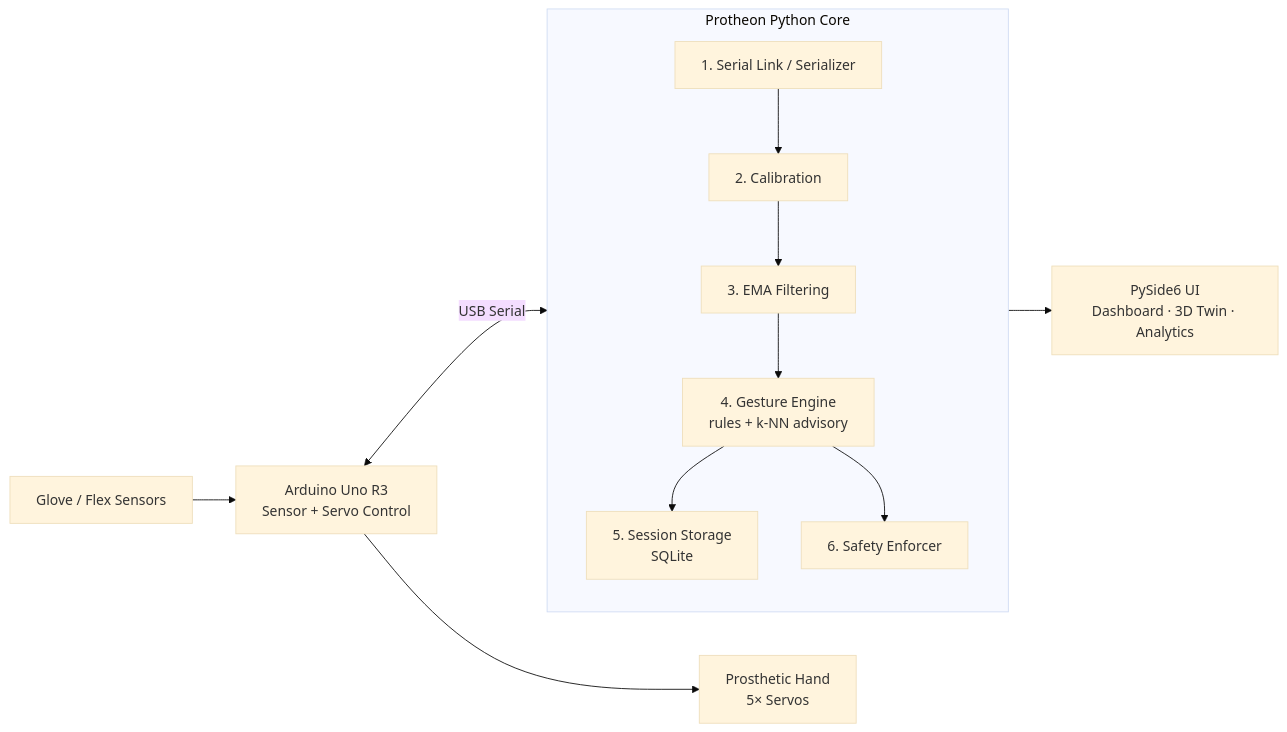
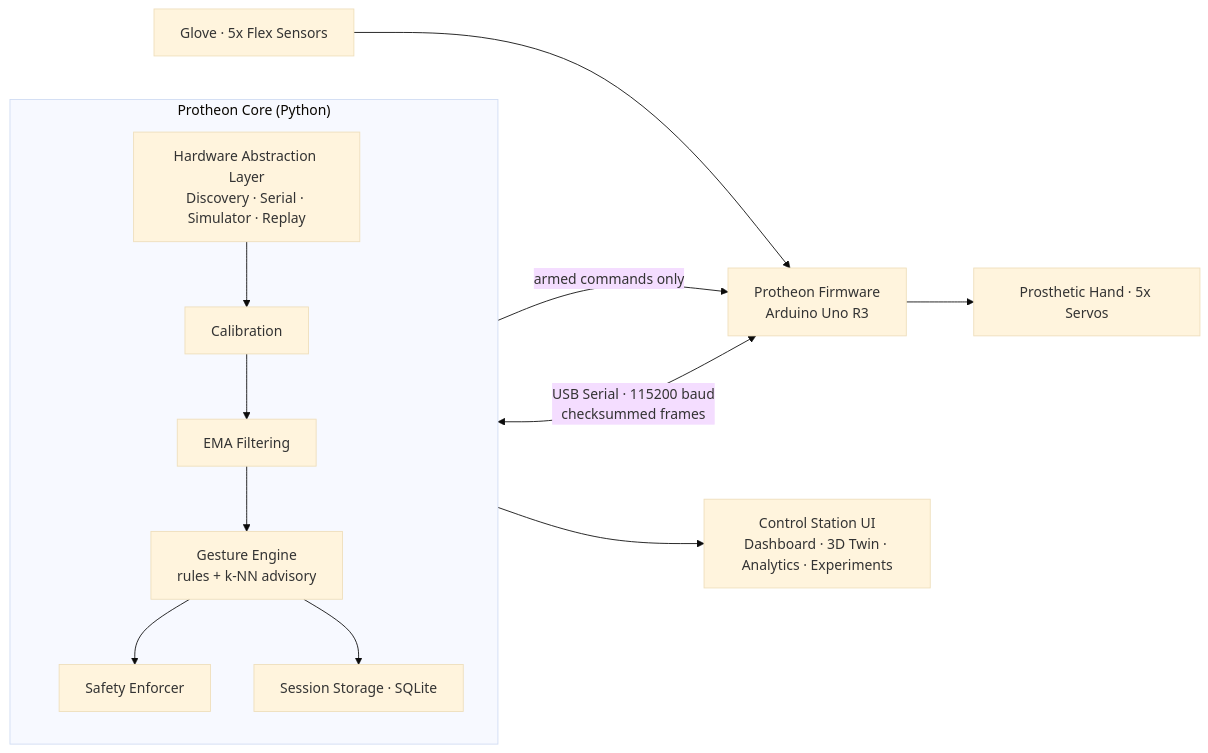
One commit to vailism/protheon changed the diagram in README.md. Above: the diagram before and after it, drawn with Mermaid (base theme). The commit also changed other lines of this file and 1 other file, not shown here.

First line of the commit message:
docs: overhaul README with startup-grade positioning and dashboard preview

````diff
--- a/README.md
+++ b/README.md
@@ -61,17 +156,18 @@
 ```mermaid
 flowchart LR
-    G[Glove / Flex Sensors] --> A[Arduino Uno R3<br/>Sensor + Servo Control]
-    A <-->|USB Serial| C
+    G["Glove · 5x Flex Sensors"] --> A["Protheon Firmware<br/>Arduino Uno R3"]
+    A <-->|"USB Serial · 115200 baud<br/>checksummed frames"| C
 
-    subgraph C[Protheon Python Core]
+    subgraph C["Protheon Core (Python)"]
         direction TB
-        L[1. Serial Link / Serializer] --> D[2. Calibration]
-        D --> E[3. EMA Filtering]
-        E --> F[4. Gesture Engine<br/>rules + k-NN advisory]
-        F --> S[5. Session Storage<br/>SQLite]
-        F --> Z[6. Safety Enforcer]
+        HW["Hardware Abstraction Layer<br/>Discovery · Serial · Simulator · Replay"] --> CAL["Calibration"]
+        CAL --> F["EMA Filtering"]
+        F --> GE["Gesture Engine<br/>rules + k-NN advisory"]
+        GE --> SE["Safety Enforcer"]
+        GE --> DB["Session Storage · SQLite"]
     end
 
-    C --> U[PySide6 UI<br/>Dashboard · 3D Twin · Analytics]
-    A --> H[Prosthetic Hand<br/>5× Servos]
+    C --> UI["Control Station UI<br/>Dashboard · 3D Twin · Analytics · Experiments"]
+    SE -->|"armed commands only"| A
+    A --> H["Prosthetic Hand · 5x Servos"]
 ```
````
